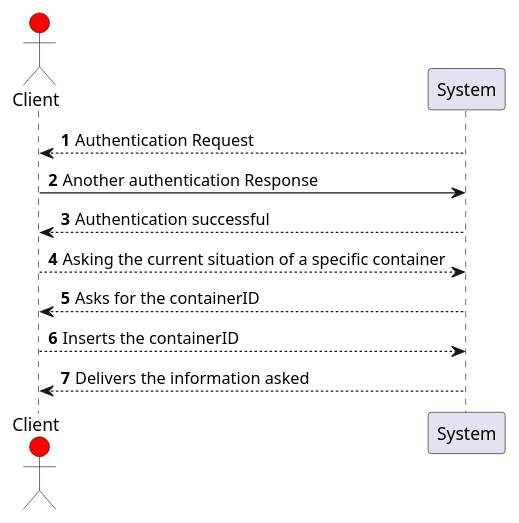
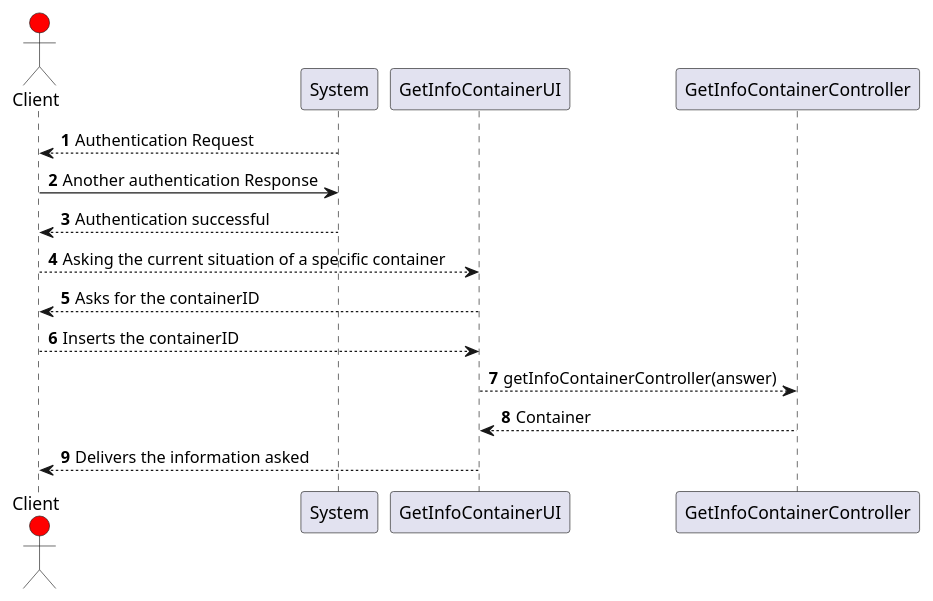
One commit to LourencoMelo/ISEP-LAPR3-ESINF changed the diagram in Docs/Sprint2/US204/sd.puml. Above: the diagram before and after it, drawn with PlantUML. The commit also changed 3 other files, not shown here.

```diff
--- a/Docs/Sprint2/US204/sd.puml
+++ b/Docs/Sprint2/US204/sd.puml
@@ -1,15 +1,17 @@
 @startuml
 
 autonumber
 
 actor Client #red
 
 System --> Client: Authentication Request
 Client -> System : Another authentication Response
 System --> Client : Authentication successful
-Client --> System : Asking the current situation of a specific container
-System --> Client : Asks for the containerID
-Client --> System : Inserts the containerID
-System --> Client : Delivers the information asked
+Client --> GetInfoContainerUI : Asking the current situation of a specific container
+GetInfoContainerUI --> Client : Asks for the containerID
+Client --> GetInfoContainerUI : Inserts the containerID
+GetInfoContainerUI --> GetInfoContainerController : getInfoContainerController(answer)
+GetInfoContainerController --> GetInfoContainerUI : Container
+GetInfoContainerUI --> Client : Delivers the information asked
 
 @enduml
```
